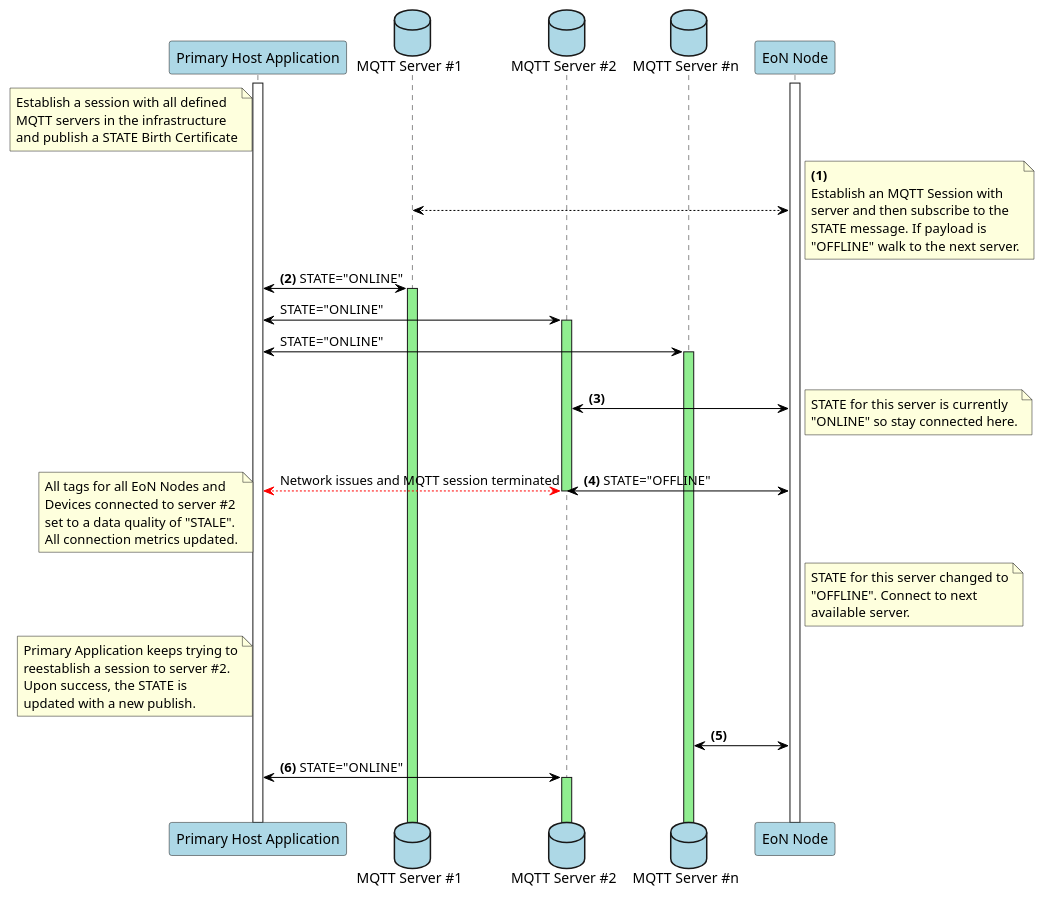
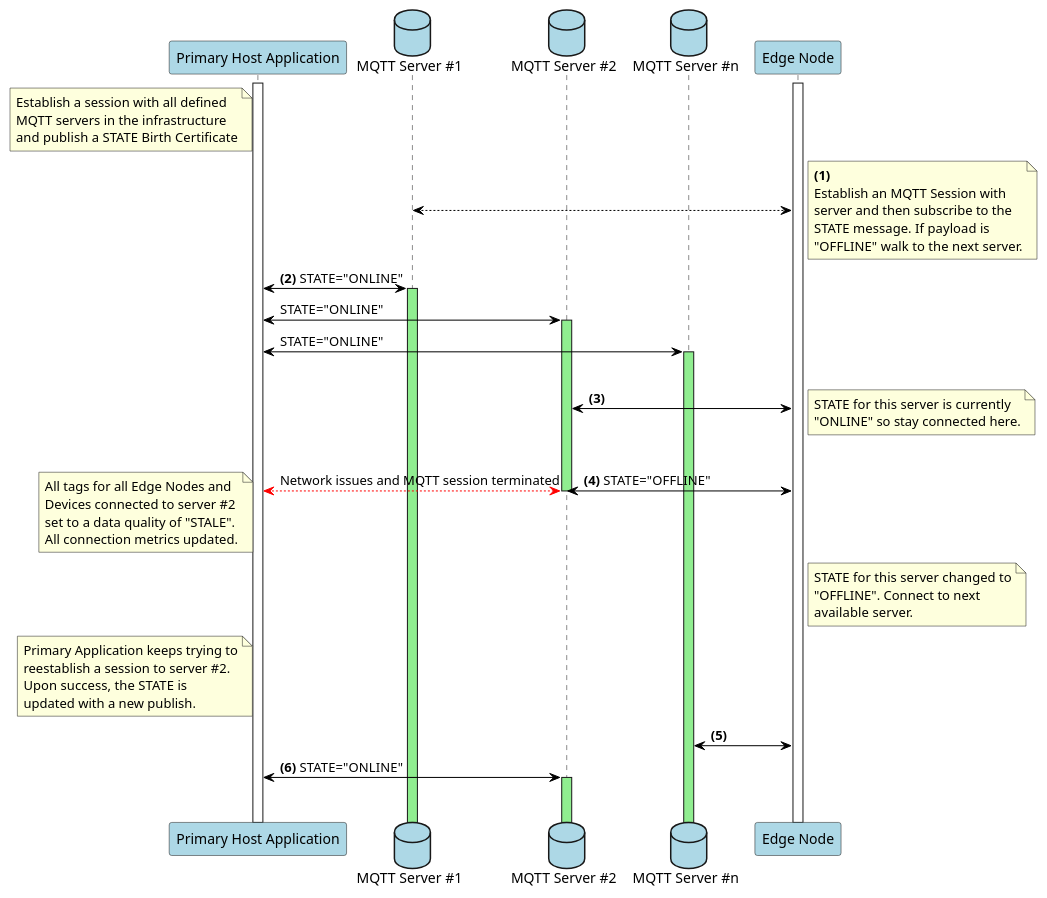
Before and after one commit to eclipse-sparkplug/sparkplug: the diagram in specification/src/main/asciidoc/assets/plantuml/primary-application-state-flow.puml, drawn with PlantUML. The commit also changed 8 other files, not shown here.

```diff
--- a/specification/src/main/asciidoc/assets/plantuml/primary-application-state-flow.puml
+++ b/specification/src/main/asciidoc/assets/plantuml/primary-application-state-flow.puml
@@ -1,76 +1,76 @@
 @startuml
 !pragma teoz true
 participant "Primary Host Application" as PrimApp #lightblue
 database "MQTT Server #1" as Server1 #lightblue
 database "MQTT Server #2" as Server2 #lightblue
 database "MQTT Server #n" as ServerN #lightblue
-participant "EoN Node" as EoNNode #lightblue
+participant "Edge Node" as EdgeNode #lightblue
 
 activate PrimApp
-activate EoNNode
+activate EdgeNode
 
 note left of PrimApp
 Establish a session with all defined
 MQTT servers in the infrastructure
 and publish a STATE Birth Certificate
 end note
 
-note right of EoNNode
+note right of EdgeNode
 **(1)**
 Establish an MQTT Session with 
 server and then subscribe to the
 STATE message. If payload is
 "OFFLINE" walk to the next server.
 end note
 
-& Server1 <-[#Black]-> EoNNode 
+& Server1 <-[#Black]-> EdgeNode
 
 PrimApp <-[#Black]> Server1 : **(2)** STATE="ONLINE"
 activate Server1 #LightGreen
 
 PrimApp <-[#Black]> Server2 : STATE="ONLINE"
 activate Server2 #LightGreen
 
 PrimApp <-[#Black]> ServerN : STATE="ONLINE"
 activate ServerN #LightGreen
 
 |||
 
-Server2 <-[#Black]> EoNNode : **(3)**
+Server2 <-[#Black]> EdgeNode : **(3)**
 note right 
 STATE for this server is currently
 "ONLINE" so stay connected here.
 end note
 
 Server2-[hidden]->Server2
 
 PrimApp <-[#Red]-> Server2 : Network issues and MQTT session terminated
 note left
-All tags for all EoN Nodes and
+All tags for all Edge Nodes and
 Devices connected to server #2
 set to a data quality of "STALE".
 All connection metrics updated.
 end note
 deactivate Server2 #Red
-& Server2 <-[#Black]> EoNNode : **(4)** STATE="OFFLINE"
-/note right of EoNNode
+& Server2 <-[#Black]> EdgeNode : **(4)** STATE="OFFLINE"
+/note right of EdgeNode
 STATE for this server changed to
 "OFFLINE". Connect to next 
 available server.
 end note
 
 
 note left of PrimApp
 Primary Application keeps trying to
 reestablish a session to server #2.
 Upon success, the STATE is 
 updated with a new publish.
 end note
 
-ServerN <-[#Black]> EoNNode : **(5)**
+ServerN <-[#Black]> EdgeNode : **(5)**
 PrimApp <-[#Black]> Server2 : **(6)** STATE="ONLINE"
 activate Server2 #LightGreen
 
 PrimApp-[hidden]->PrimApp
 
 @enduml
```
